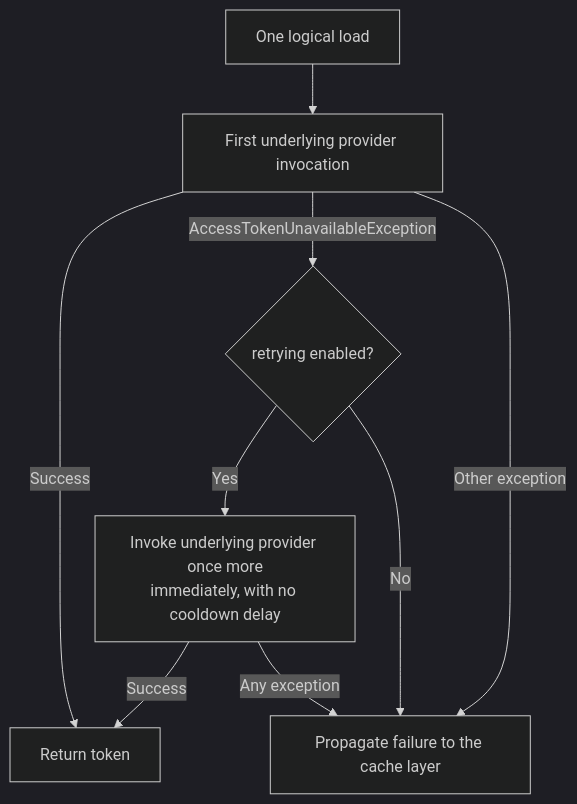
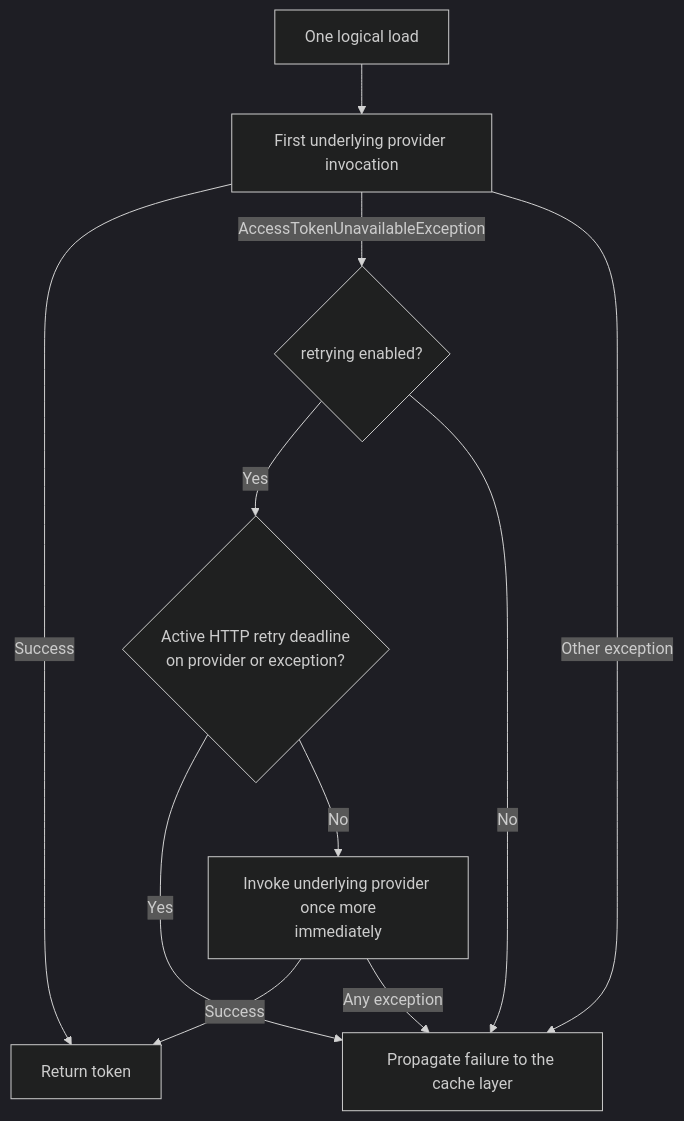
Before and after one commit to entur/jwt-resource-server: the seventh of 8 diagrams in jwt-client/docs/preemptive-refresh/README.md, drawn with Mermaid (dark theme). The commit also changed other lines of this file and 39 other files, not shown here.

````diff
--- a/jwt-client/docs/preemptive-refresh/README.md
+++ b/jwt-client/docs/preemptive-refresh/README.md
@@ -204,11 +208,13 @@
 ```mermaid
 flowchart TD
     Start["One logical load"] --> First["First underlying provider invocation"]
     First -->|Success| Return["Return token"]
     First -->|AccessTokenUnavailableException| Enabled{"retrying enabled?"}
-    Enabled -->|Yes| Second["Invoke underlying provider once more<br/>immediately, with no cooldown delay"]
+    Enabled -->|Yes| Deadline{"Active HTTP retry deadline<br/>on provider or exception?"}
+    Deadline -->|Yes| Fail
+    Deadline -->|No| Second["Invoke underlying provider once more<br/>immediately"]
     Enabled -->|No| Fail["Propagate failure to the cache layer"]
     First -->|Other exception| Fail
     Second -->|Success| Return
     Second -->|Any exception| Fail
 ```
````
